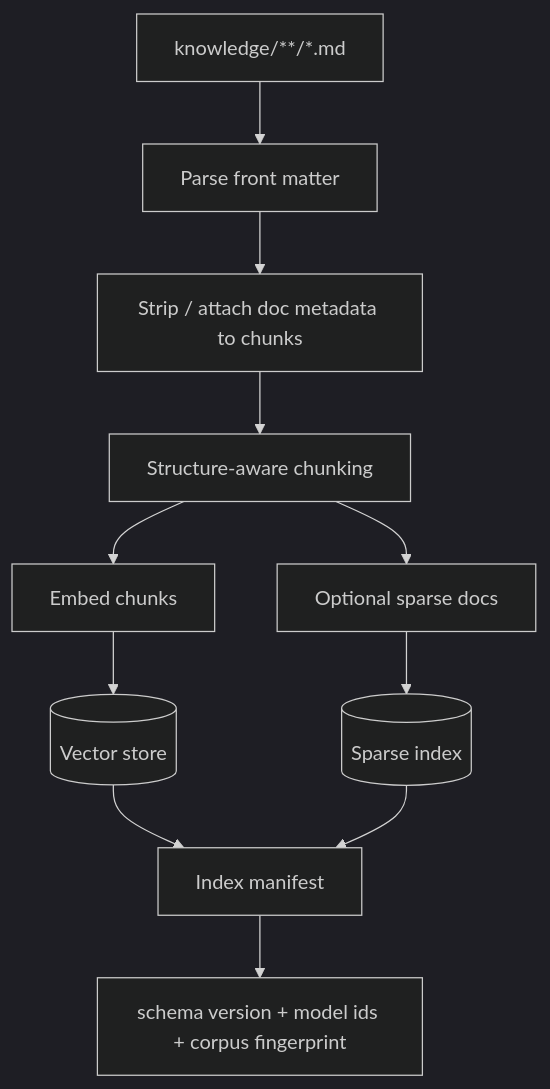
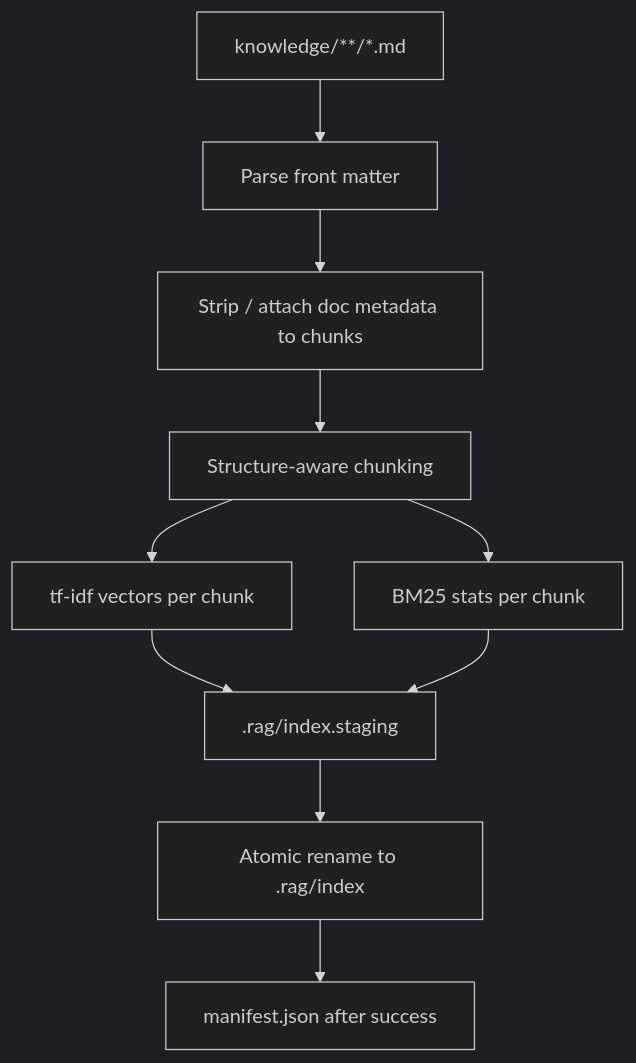
One commit to gyaneshgithub/TeamKM changed the second of 3 diagrams in docs/ARCHITECTURE.md. Above: the diagram before and after it, drawn with Mermaid (dark theme). The commit also changed other lines of this file and 12 other files, not shown here.

````diff
--- a/docs/ARCHITECTURE.md
+++ b/docs/ARCHITECTURE.md
@@ -112,13 +112,12 @@
 ```mermaid
 flowchart TD
   A[knowledge/**/*.md] --> B[Parse front matter]
   B --> C[Strip / attach doc metadata to chunks]
   C --> D[Structure-aware chunking]
-  D --> E[Embed chunks]
-  D --> F[Optional sparse docs]
-  E --> G[(Vector store)]
-  F --> H[(Sparse index)]
-  G --> I[Index manifest]
-  H --> I
-  I --> J[schema version + model ids + corpus fingerprint]
+  D --> E[tf-idf vectors per chunk]
+  D --> F[BM25 stats per chunk]
+  E --> G[.rag/index.staging]
+  F --> G
+  G --> H[Atomic rename to .rag/index]
+  H --> I[manifest.json after success]
 ```
````
